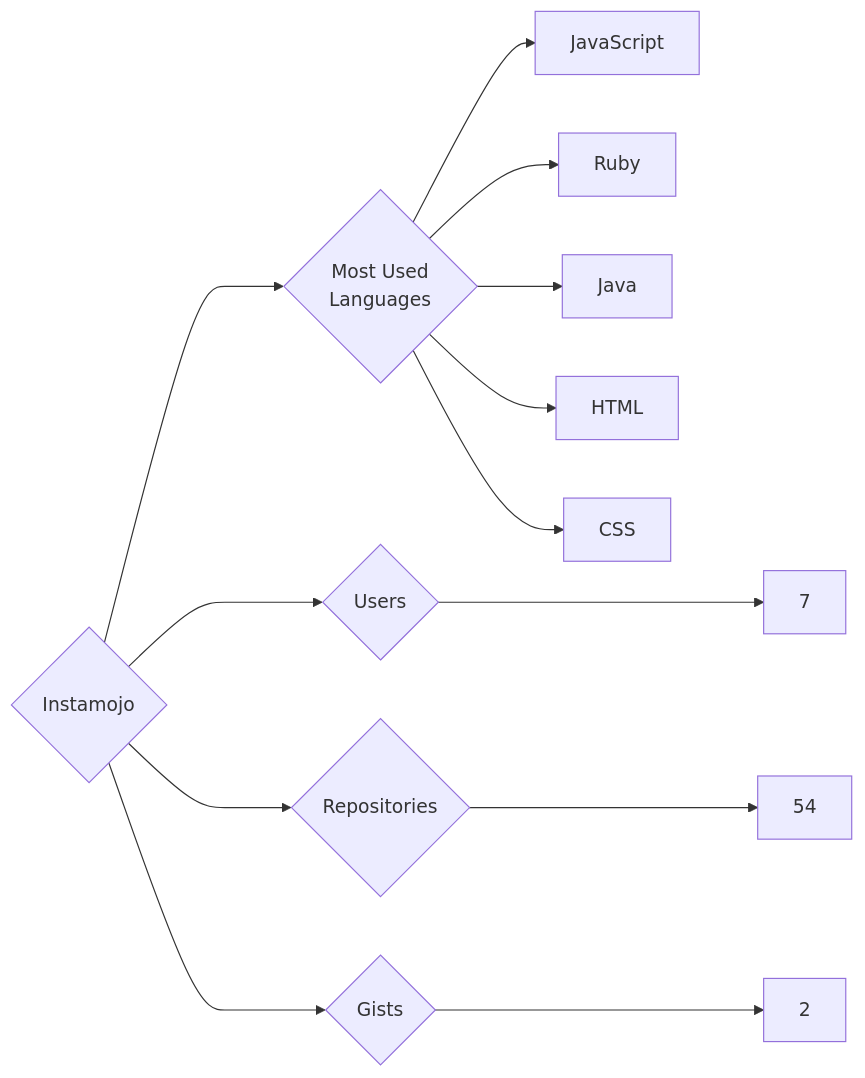
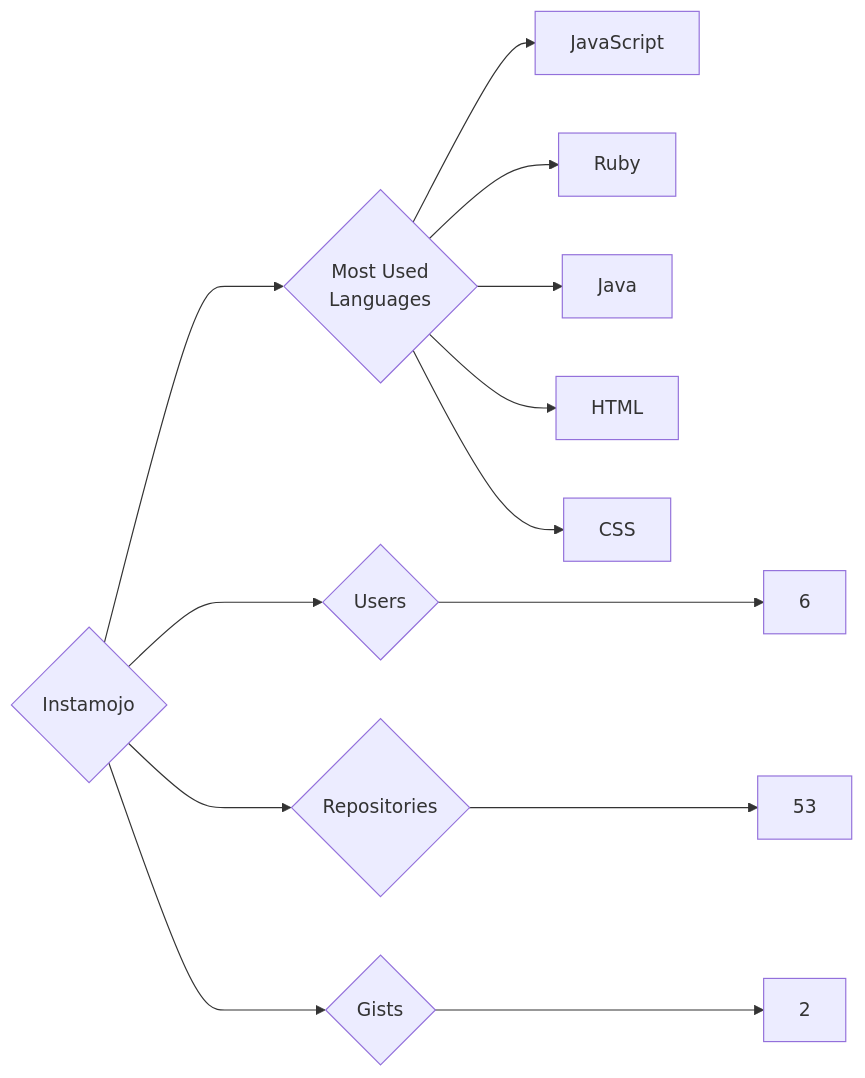
The diagram in targets/Instamojo/README.md (trickest/insiders), drawn with Mermaid before and after one commit. The commit also changed 1023 other files, not shown here.

````diff
--- a/targets/Instamojo/README.md
+++ b/targets/Instamojo/README.md
@@ -3,13 +3,13 @@
 ```mermaid
 graph LR
 COMPANY_NAME{Instamojo}
-COMPANY_NAME ---> U{Users} ---> UN[7]
-COMPANY_NAME ---> R{Repositories} ---> RN[54]
+COMPANY_NAME ---> U{Users} ---> UN[6]
+COMPANY_NAME ---> R{Repositories} ---> RN[53]
 COMPANY_NAME ---> G{Gists} ---> GN[2]
 COMPANY_NAME ---> ML{Most Used<br>Languages}
 ML --> JavaScript[JavaScript]
 ML --> Ruby[Ruby]
 ML --> Java[Java]
 ML --> HTML[HTML]
 ML --> CSS[CSS]
 ```
````
